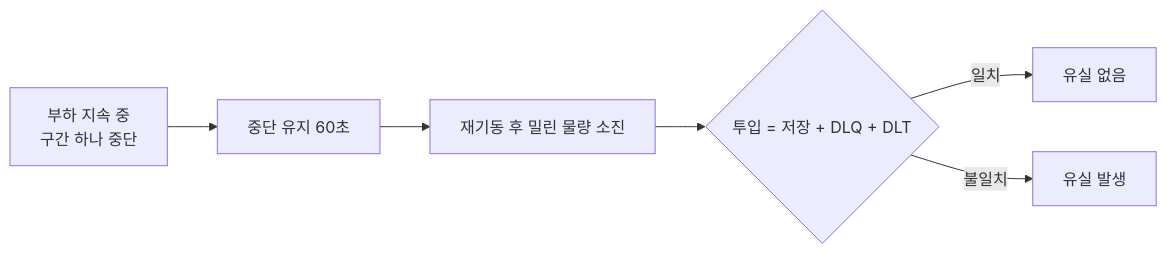
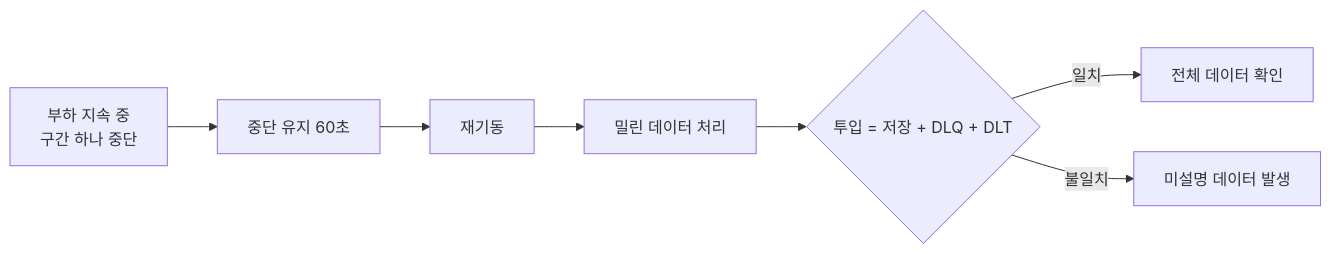
Before and after one commit to buss-sooin/barcode-ingest-pipeline: the first of 3 diagrams in README.md, drawn with Mermaid. The commit also changed other lines of this file, not shown here.

````diff
--- a/README.md
+++ b/README.md
@@ -231,8 +228,9 @@
 ```mermaid
 flowchart LR
   A[부하 지속 중<br/>구간 하나 중단] --> B[중단 유지 60초]
-  B --> C[재기동 후 밀린 물량 소진]
-  C --> D{투입 = 저장 + DLQ + DLT}
-  D -- 일치 --> E[유실 없음]
-  D -- 불일치 --> F[유실 발생]
+  B --> C[재기동]
+  C --> D[밀린 데이터 처리]
+  D --> E{투입 = 저장 + DLQ + DLT}
+  E -- 일치 --> F[전체 데이터 확인]
+  E -- 불일치 --> G[미설명 데이터 발생]
 ```
````
